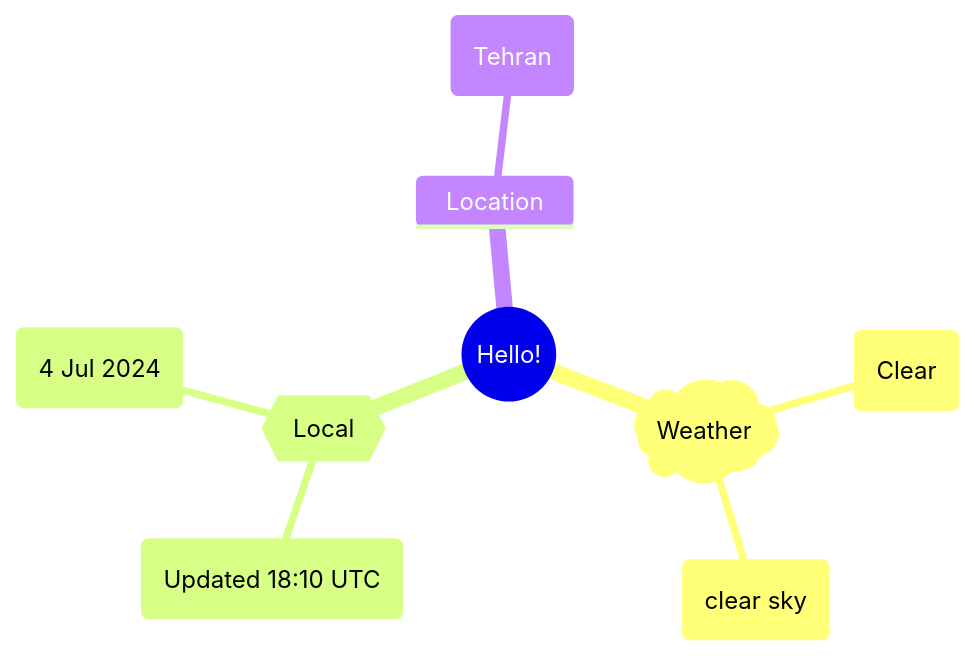
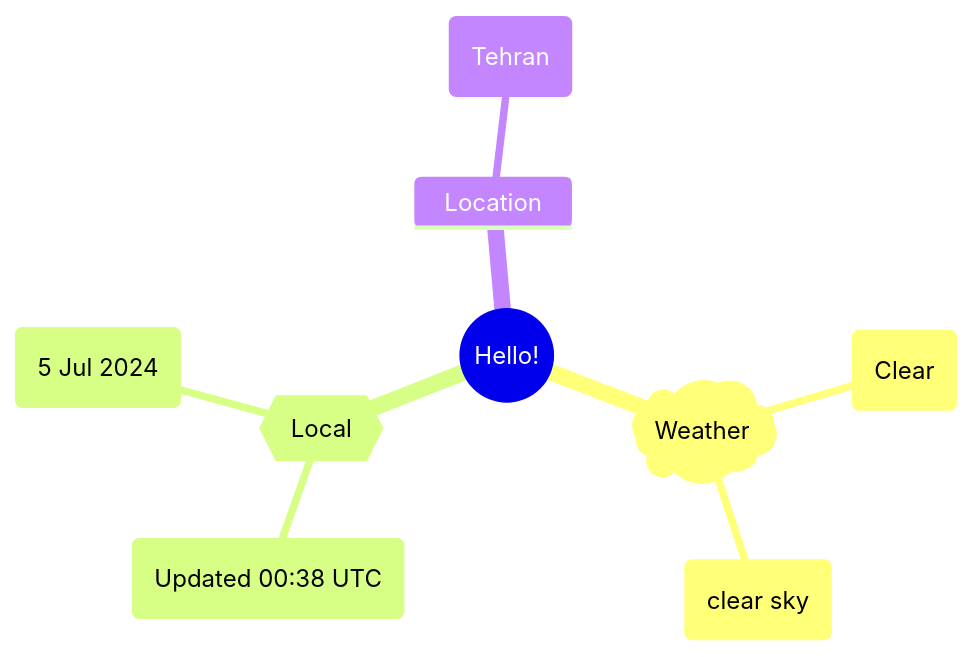
Before and after one commit to Xosrov/Xosrov: the first of 2 diagrams in README.md, drawn with Mermaid.

Commit message:
[bot] updated images

````diff
--- a/README.md
+++ b/README.md
@@ -3,12 +3,12 @@
 ```mermaid
 mindmap
   root((Hello!))
     )Weather(
         (Clear)
         (clear sky)
     {{Local}}
-        (Updated 18:10 UTC)
-        (4 Jul 2024)
+        (Updated 00:38 UTC)
+        (5 Jul 2024)
     Location
         (Tehran)
 ```
````
